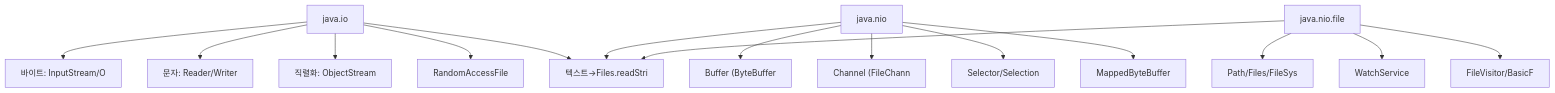
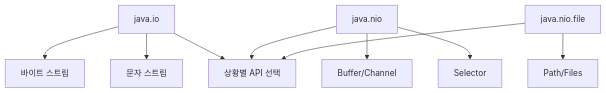
One commit to yjkim2015/yjkim2015.github.io changed diagram 11 of 11 in _posts/java/2026-05-01-java-io.md. Above: the diagram before and after it, drawn with Mermaid. The commit also changed other lines of this file and 155 other files, not shown here.

First line of the commit message:
Mermaid 전면 수정: subgraph 제거, participant/노드/줄수 축소 (342블록)

````diff
--- a/_posts/java/2026-05-01-java-io.md
+++ b/_posts/java/2026-05-01-java-io.md
@@ -845,7 +833,7 @@
 ```mermaid
 graph TD
-    IO["java.io"] --> BS["바이트: InputStream/O"] & CS["문자: Reader/Writer"] & SER["직렬화: ObjectStream"] & RAF["RandomAccessFile"]
-    NIO["java.nio"] --> BUF["Buffer (ByteBuffer"] & CH["Channel (FileChann"] & SEL["Selector/Selection"] & MBB["MappedByteBuffer"]
-    NF["java.nio.file"] --> PF["Path/Files/FileSys"] & WS["WatchService"] & FA["FileVisitor/BasicF"]
-    IO & NIO & NF --> GUIDE["텍스트→Files.readStri"]
+    IO["java.io"] --> BS["바이트 스트림"] & CS["문자 스트림"]
+    NIO["java.nio"] --> BUF["Buffer/Channel"] & SEL["Selector"]
+    NF["java.nio.file"] --> PF["Path/Files"]
+    IO & NIO & NF --> GUIDE["상황별 API 선택"]
 ```
````
